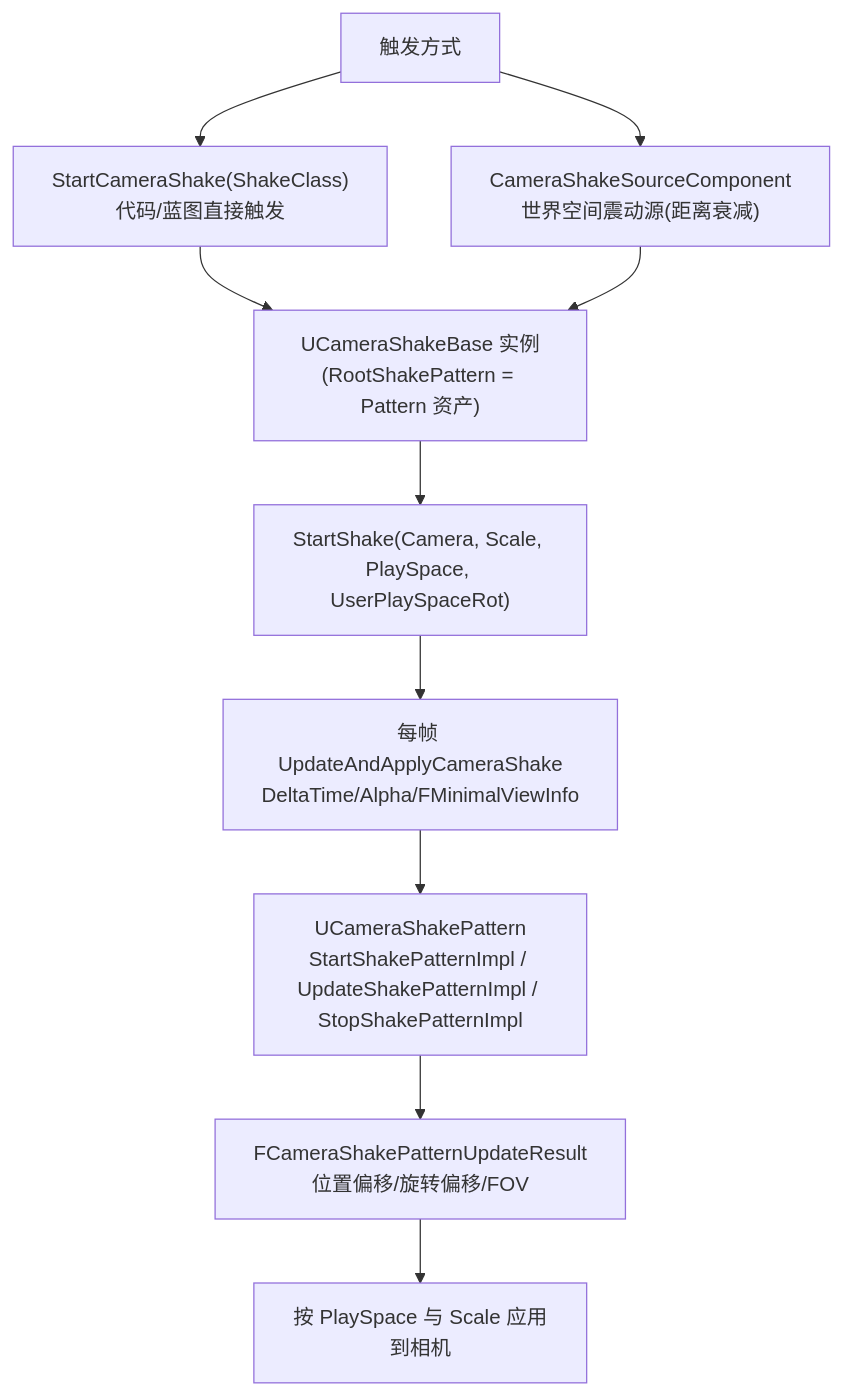
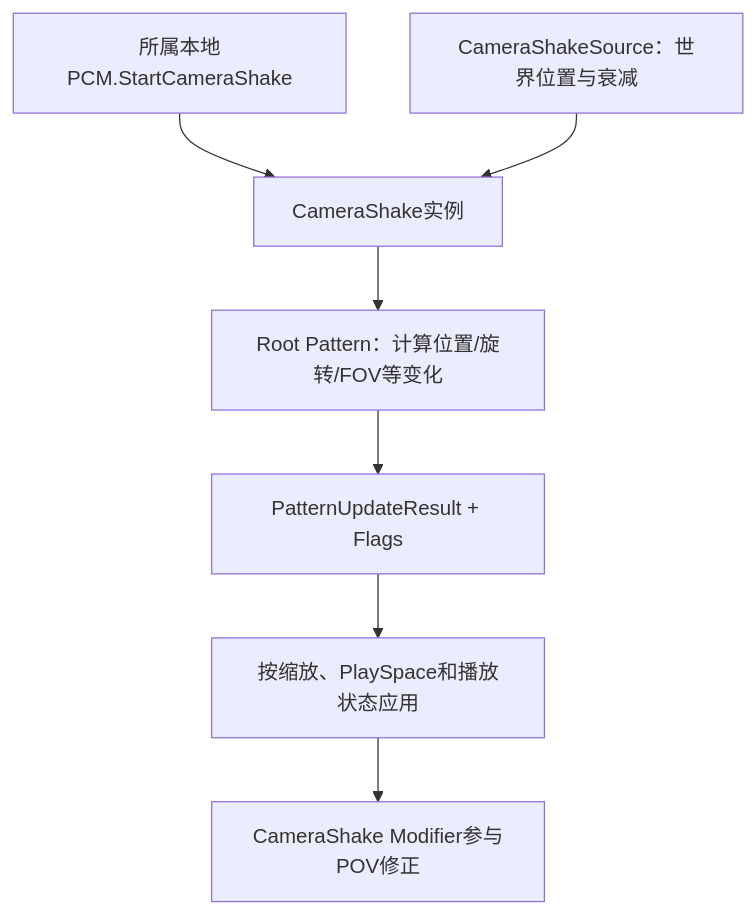
One commit to fantuan812/learning changed the seventh of 9 diagrams in 知识/05-Gameplay与交互系统/输入移动与交互/07-相机系统与视口.md. Above: the diagram before and after it, drawn with Mermaid. The commit also changed other lines of this file and 1 other file, not shown here.

````diff
--- a/知识/05-Gameplay与交互系统/输入移动与交互/07-相机系统与视口.md
+++ b/知识/05-Gameplay与交互系统/输入移动与交互/07-相机系统与视口.md
@@ -248,12 +248,9 @@
 ```mermaid
 flowchart TD
-    TRIG["触发方式"] --> A["StartCameraShake(ShakeClass)<br/>代码/蓝图直接触发"]
-    TRIG --> B["CameraShakeSourceComponent<br/>世界空间震动源(距离衰减)"]
-    A --> SHAKE["UCameraShakeBase 实例<br/>(RootShakePattern = Pattern 资产)"]
-    B --> SHAKE
-    SHAKE --> ST["StartShake(Camera, Scale, PlaySpace, UserPlaySpaceRot)"]
-    ST --> UP["每帧 UpdateAndApplyCameraShake<br/>DeltaTime/Alpha/FMinimalViewInfo"]
-    UP --> PAT["UCameraShakePattern<br/>StartShakePatternImpl / UpdateShakePatternImpl / StopShakePatternImpl"]
-    PAT --> RES["FCameraShakePatternUpdateResult<br/>位置偏移/旋转偏移/FOV"]
-    RES --> APPLY["按 PlaySpace 与 Scale 应用到相机"]
+    DIRECT["所属本地PCM.StartCameraShake"] --> SH["CameraShake实例"]
+    SOURCE["CameraShakeSource：世界位置与衰减"] --> SH
+    SH --> PAT["Root Pattern：计算位置/旋转/FOV等变化"]
+    PAT --> RESULT["PatternUpdateResult + Flags"]
+    RESULT --> APPLY["按缩放、PlaySpace和播放状态应用"]
+    APPLY --> MOD["CameraShake Modifier参与POV修正"]
 ```
````
